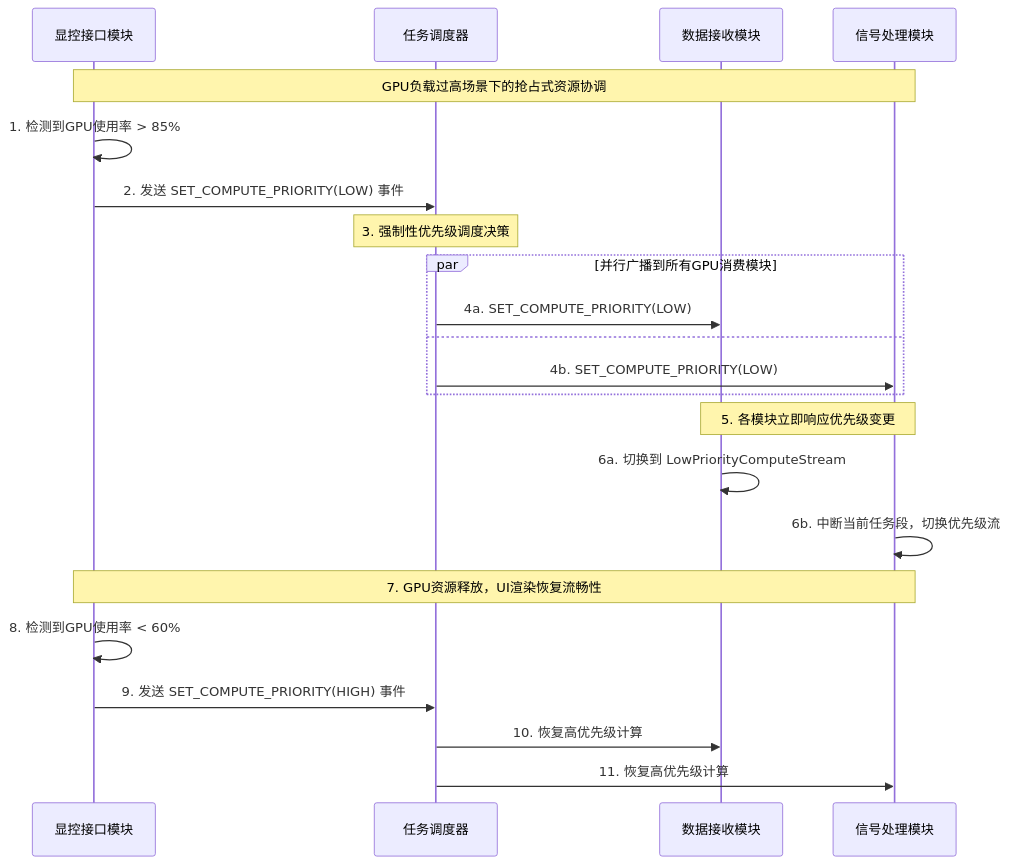
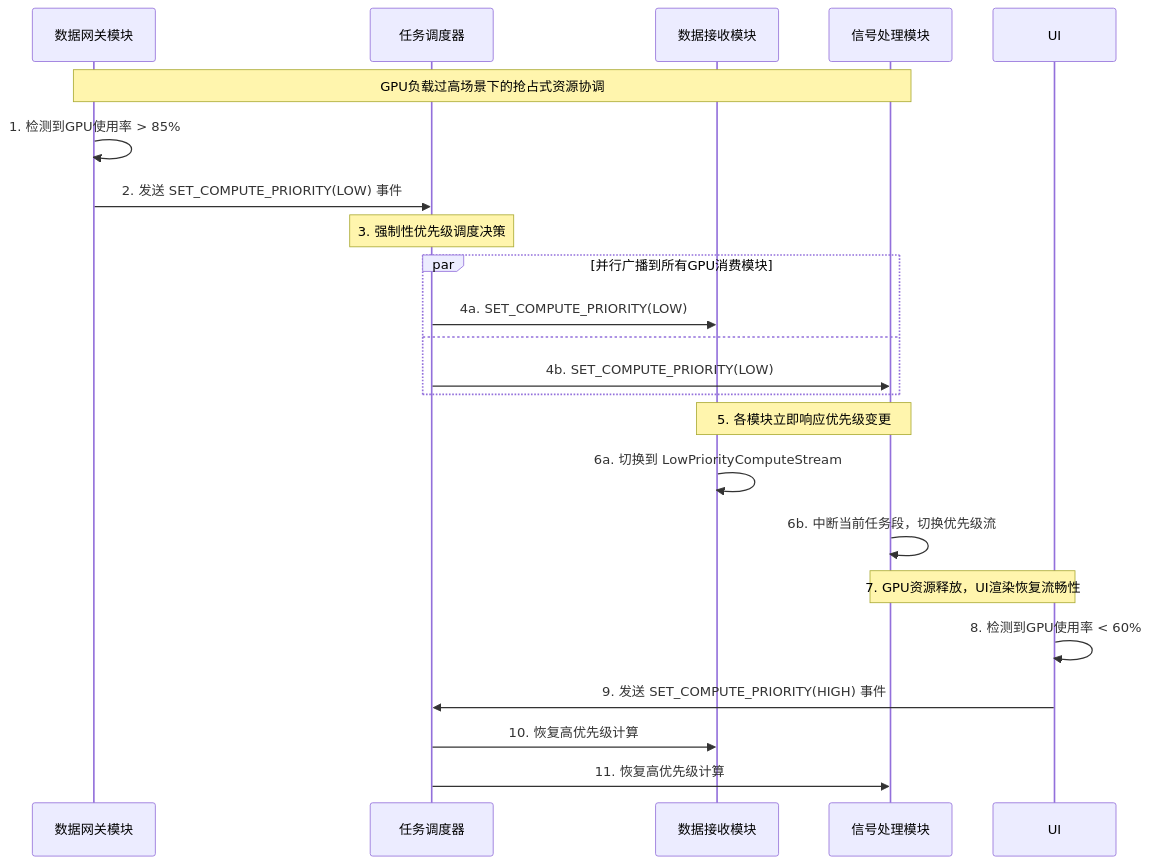
Before and after one commit to wendizhou99-cell/Radar: diagram 11 of 12 in docs/01_项目设计/02_模块设计/01_数据接收模块设计.md, drawn with Mermaid. The commit also changed other lines of this file and 14 other files, not shown here.

````diff
--- a/docs/01_项目设计/02_模块设计/01_数据接收模块设计.md
+++ b/docs/01_项目设计/02_模块设计/01_数据接收模块设计.md
@@ -857,31 +857,31 @@
 ```mermaid
 sequenceDiagram
-    participant UI as 显控接口模块
+    participant Gateway as 数据网关模块
     participant Scheduler as 任务调度器
     participant DataReceiver as 数据接收模块
     participant SignalProcessor as 信号处理模块
 
-    Note over UI,SignalProcessor: GPU负载过高场景下的抢占式资源协调
+    Note over Gateway,SignalProcessor: GPU负载过高场景下的抢占式资源协调
 
-    UI->>UI: 1. 检测到GPU使用率 > 85%
-    UI->>Scheduler: 2. 发送 SET_COMPUTE_PRIORITY(LOW) 事件
+    Gateway->>Gateway: 1. 检测到GPU使用率 > 85%
+    Gateway->>Scheduler: 2. 发送 SET_COMPUTE_PRIORITY(LOW) 事件
     Note over Scheduler: 3. 强制性优先级调度决策
 
     par 并行广播到所有GPU消费模块
         Scheduler->>DataReceiver: 4a. SET_COMPUTE_PRIORITY(LOW)
     and
         Scheduler->>SignalProcessor: 4b. SET_COMPUTE_PRIORITY(LOW)
     end
 
     Note over DataReceiver,SignalProcessor: 5. 各模块立即响应优先级变更
 
     DataReceiver->>DataReceiver: 6a. 切换到 LowPriorityComputeStream
     SignalProcessor->>SignalProcessor: 6b. 中断当前任务段，切换优先级流
 
     Note over UI,SignalProcessor: 7. GPU资源释放，UI渲染恢复流畅性
 
     UI->>UI: 8. 检测到GPU使用率 < 60%
     UI->>Scheduler: 9. 发送 SET_COMPUTE_PRIORITY(HIGH) 事件
     Scheduler->>DataReceiver: 10. 恢复高优先级计算
     Scheduler->>SignalProcessor: 11. 恢复高优先级计算
 ```
````
